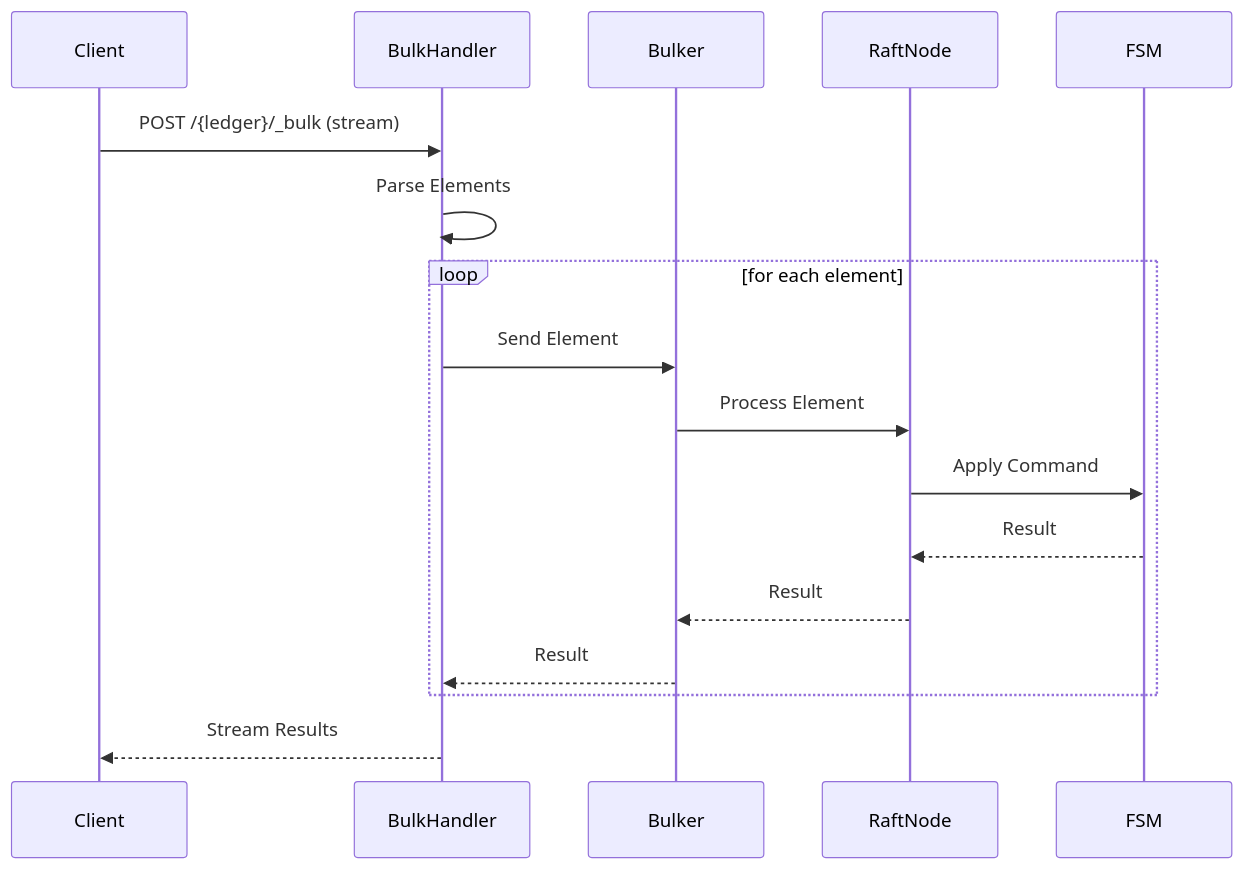
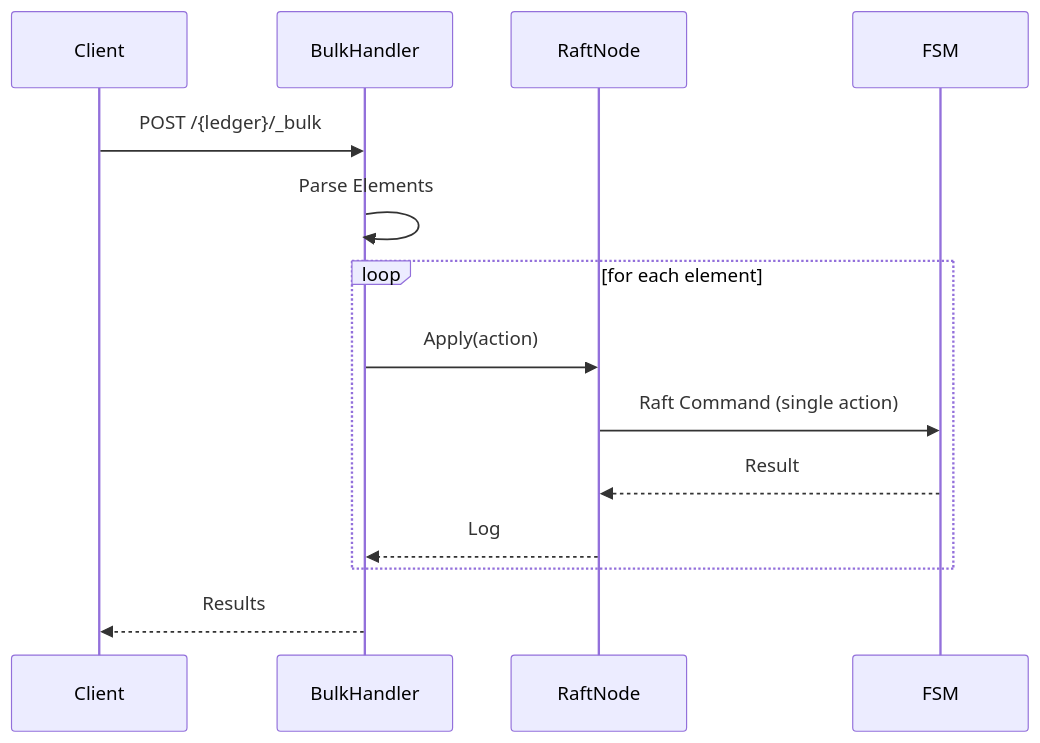
The eighth of 9 diagrams in docs/data-flows.md (formancehq/ledger), drawn with Mermaid before and after one commit. The commit also changed other lines of this file and 19 other files, not shown here.

````diff
--- a/docs/data-flows.md
+++ b/docs/data-flows.md
@@ -597,22 +599,19 @@
 ```mermaid
 sequenceDiagram
     participant Client
     participant BulkHandler
-    participant Bulker
     participant RaftNode
     participant FSM
     
-    Client->>BulkHandler: POST /{ledger}/_bulk (stream)
+    Client->>BulkHandler: POST /{ledger}/_bulk
     BulkHandler->>BulkHandler: Parse Elements
     
     loop for each element
-        BulkHandler->>Bulker: Send Element
-        Bulker->>RaftNode: Process Element
-        RaftNode->>FSM: Apply Command
+        BulkHandler->>RaftNode: Apply(action)
+        RaftNode->>FSM: Raft Command (single action)
         FSM-->>RaftNode: Result
-        RaftNode-->>Bulker: Result
-        Bulker-->>BulkHandler: Result
+        RaftNode-->>BulkHandler: Log
     end
     
-    BulkHandler-->>Client: Stream Results
+    BulkHandler-->>Client: Results
 ```
````
